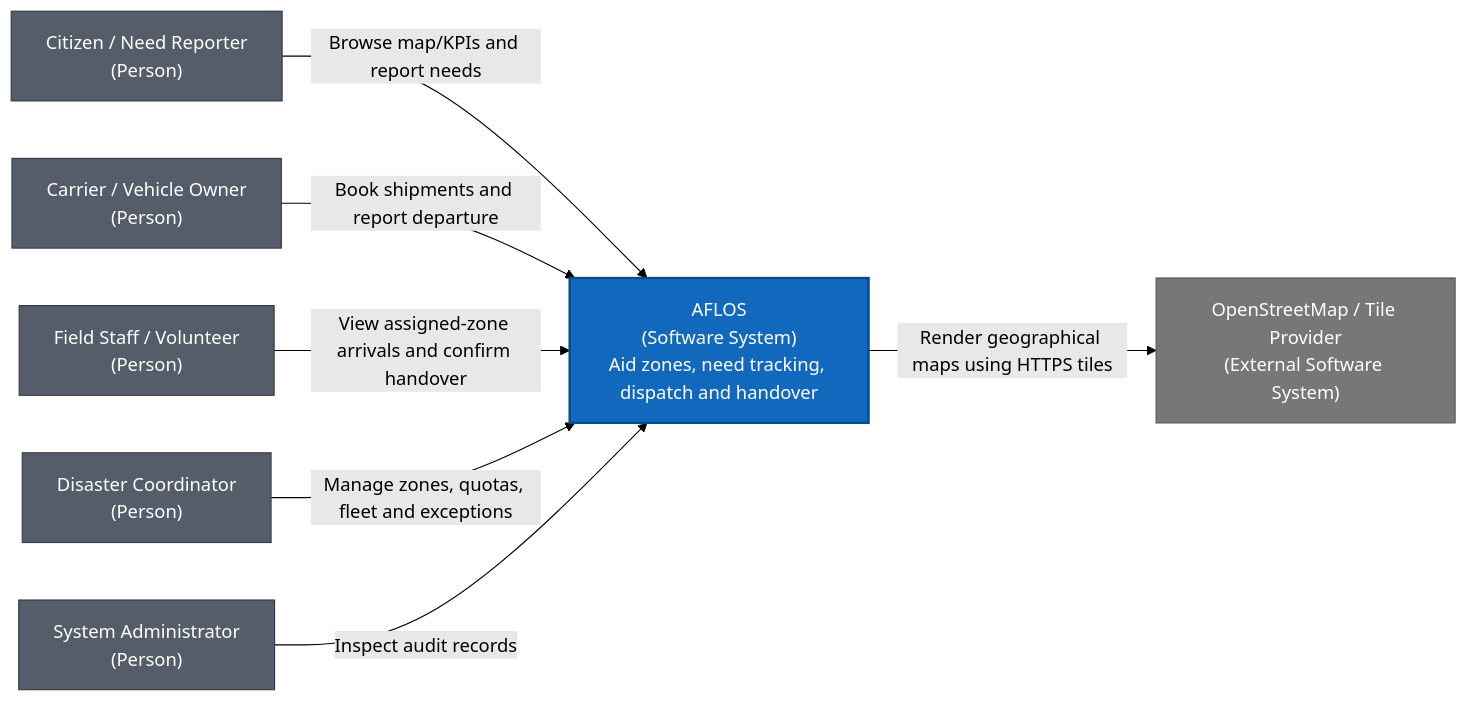
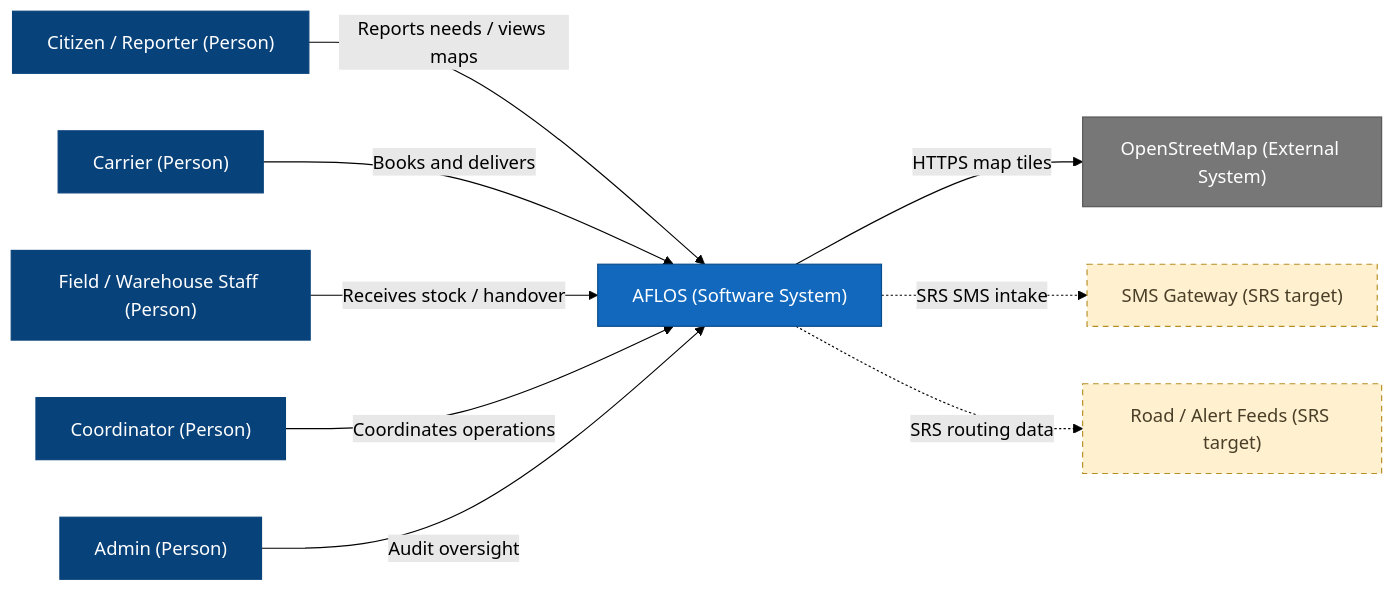
Before and after one commit to CoskunerBerke/AFLOS: the diagram in docs/architecture/diagrams/c4_level1_context.mmd, drawn with Mermaid (forest theme). The commit also changed 10 other files, not shown here.

Commit message:
docs(architecture): align C4 model with Sprint 2 SRS

```diff
--- a/docs/architecture/diagrams/c4_level1_context.mmd
+++ b/docs/architecture/diagrams/c4_level1_context.mmd
@@ -1,23 +1,17 @@
 flowchart LR
-    Citizen["Citizen / Need Reporter<br/>(Person)"]
-    Carrier["Carrier / Vehicle Owner<br/>(Person)"]
-    Field["Field Staff / Volunteer<br/>(Person)"]
-    Coord["Disaster Coordinator<br/>(Person)"]
-    Admin["System Administrator<br/>(Person)"]
-
-    AFLOS["AFLOS<br/>(Software System)<br/>Aid zones, need tracking, dispatch and handover"]
-    Map["OpenStreetMap / Tile Provider<br/>(External Software System)"]
-
-    Citizen -->|"Browse map/KPIs and report needs"| AFLOS
-    Carrier -->|"Book shipments and report departure"| AFLOS
-    Field -->|"View assigned-zone arrivals and confirm handover"| AFLOS
-    Coord -->|"Manage zones, quotas, fleet and exceptions"| AFLOS
-    Admin -->|"Inspect audit records"| AFLOS
-    AFLOS -->|"Render geographical maps using HTTPS tiles"| Map
-
-    classDef person fill:#545d69,color:#fff,stroke:#343c47
-    classDef system fill:#1168bd,color:#fff,stroke:#084b8a,stroke-width:2px
-    classDef external fill:#777,color:#fff,stroke:#555
-    class Citizen,Carrier,Field,Coord,Admin person
-    class AFLOS system
-    class Map external
+  Citizen["Citizen / Reporter (Person)"] -->|Reports needs / views maps| AFLOS["AFLOS (Software System)"]
+  Carrier["Carrier (Person)"] -->|Books and delivers| AFLOS
+  Staff["Field / Warehouse Staff (Person)"] -->|Receives stock / handover| AFLOS
+  Coord["Coordinator (Person)"] -->|Coordinates operations| AFLOS
+  Admin["Admin (Person)"] -->|Audit oversight| AFLOS
+  AFLOS -->|HTTPS map tiles| Map["OpenStreetMap (External System)"]
+  AFLOS -.->|SRS SMS intake| SMS["SMS Gateway (SRS target)"]
+  AFLOS -.->|SRS routing data| Roads["Road / Alert Feeds (SRS target)"]
+  classDef person fill:#08427b,color:#fff,stroke:#08427b
+  classDef system fill:#1168bd,color:#fff,stroke:#084b8a
+  classDef external fill:#777,color:#fff,stroke:#555
+  classDef proposal fill:#fff1cf,color:#493f28,stroke:#b78e24,stroke-dasharray:5 4
+  class Citizen,Carrier,Staff,Coord,Admin person
+  class AFLOS system
+  class Map external
+  class SMS,Roads proposal
```
